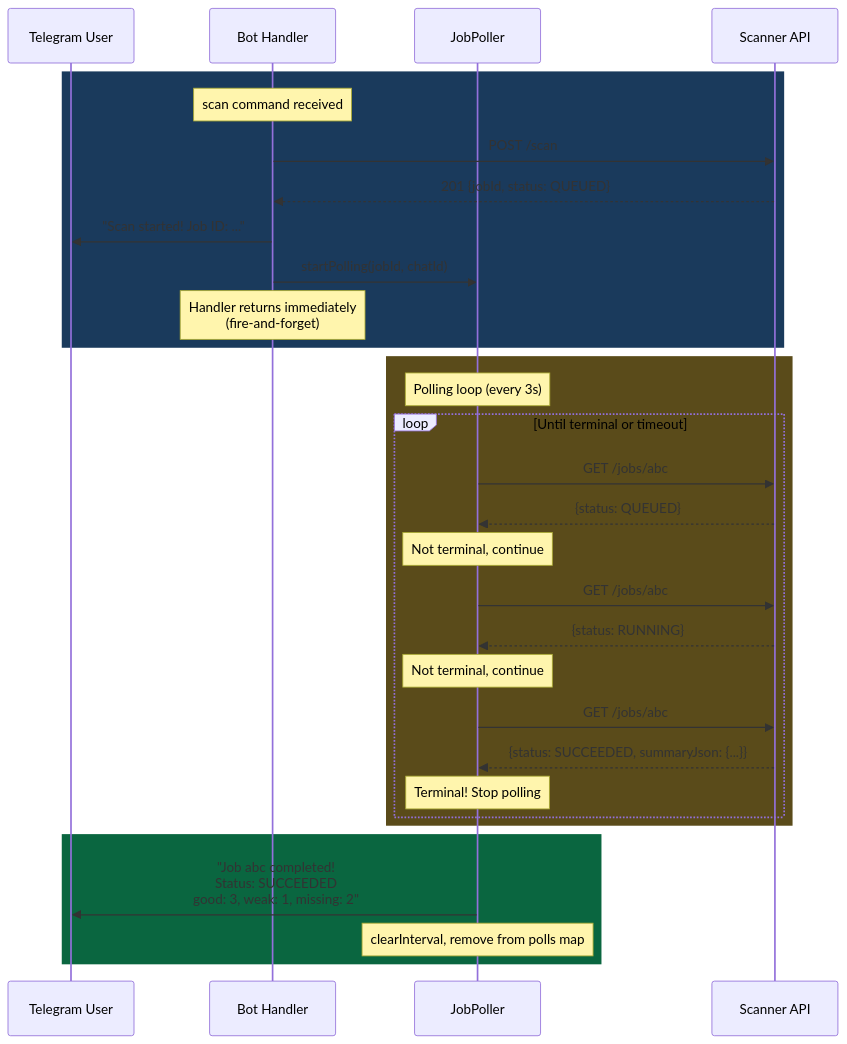
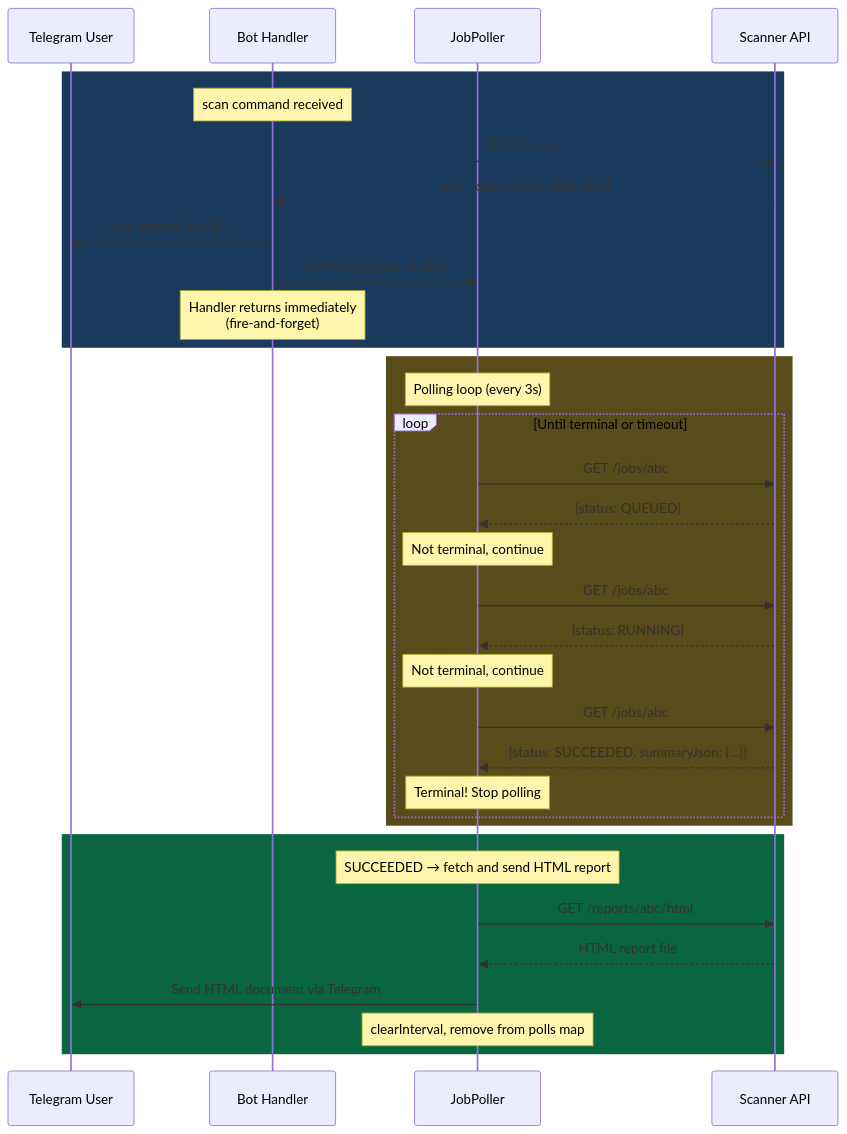
One commit to kirinmurphy/pentegent changed the diagram in docs/howitworks/09-job-poller-flow.md. Above: the diagram before and after it, drawn with Mermaid. The commit also changed other lines of this file and 15 other files, not shown here.

````diff
--- a/docs/howitworks/09-job-poller-flow.md
+++ b/docs/howitworks/09-job-poller-flow.md
@@ -5,36 +5,39 @@
 ```mermaid
 sequenceDiagram
     participant U as Telegram User
     participant B as Bot Handler
     participant P as JobPoller
     participant S as Scanner API
 
     rect rgb(26, 58, 92)
         Note over B: scan command received
         B->>S: POST /scan
         S-->>B: 201 {jobId, status: QUEUED}
         B->>U: "Scan started! Job ID: ..."
         B->>P: startPolling(jobId, chatId)
         Note over B: Handler returns immediately<br/>(fire-and-forget)
     end
 
     rect rgb(90, 75, 26)
         Note over P: Polling loop (every 3s)
         loop Until terminal or timeout
             P->>S: GET /jobs/abc
             S-->>P: {status: QUEUED}
             Note over P: Not terminal, continue
             P->>S: GET /jobs/abc
             S-->>P: {status: RUNNING}
             Note over P: Not terminal, continue
             P->>S: GET /jobs/abc
             S-->>P: {status: SUCCEEDED, summaryJson: {...}}
             Note over P: Terminal! Stop polling
         end
     end
 
     rect rgb(10, 102, 64)
-        P->>U: "Job abc completed!<br/>Status: SUCCEEDED<br/>good: 3, weak: 1, missing: 2"
+        Note over P: SUCCEEDED → fetch and send HTML report
+        P->>S: GET /reports/abc/html
+        S-->>P: HTML report file
+        P->>U: Send HTML document via Telegram
         Note over P: clearInterval, remove from polls map
     end
 ```
````
